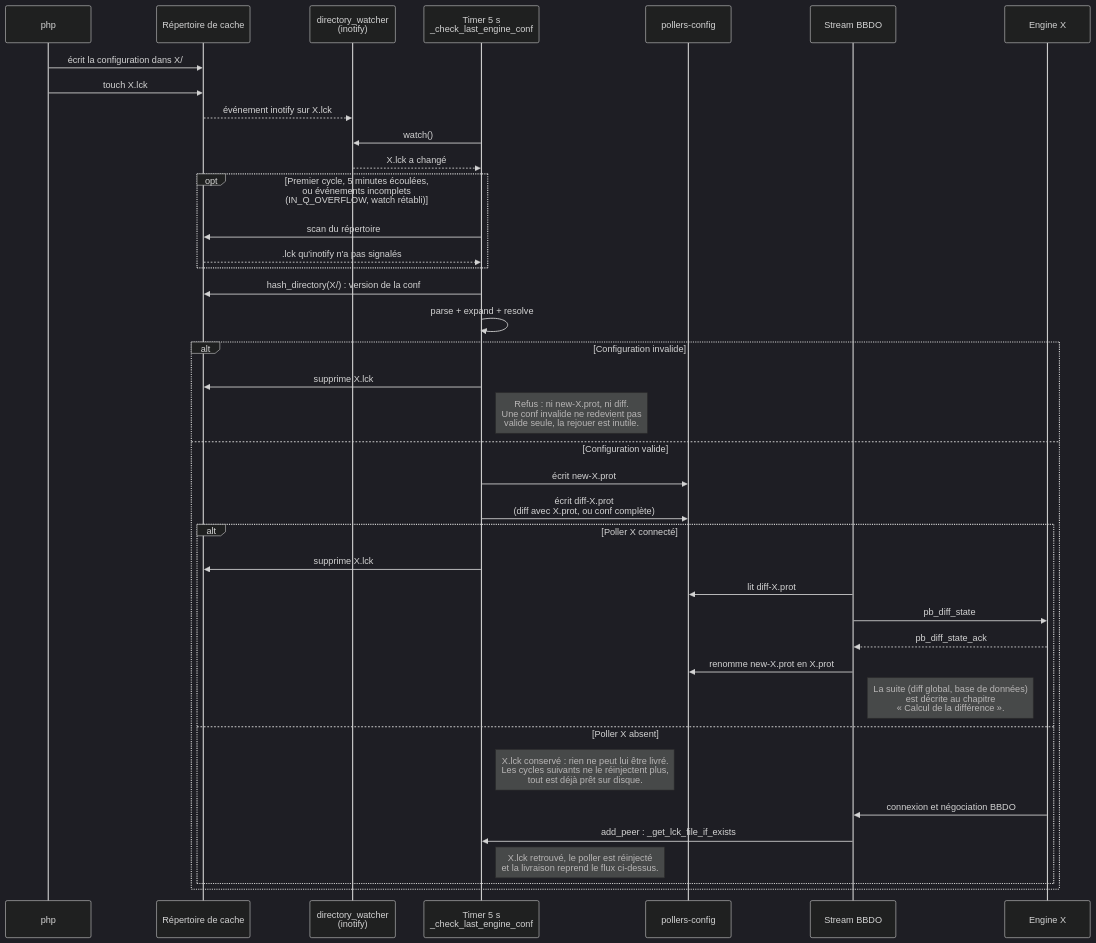
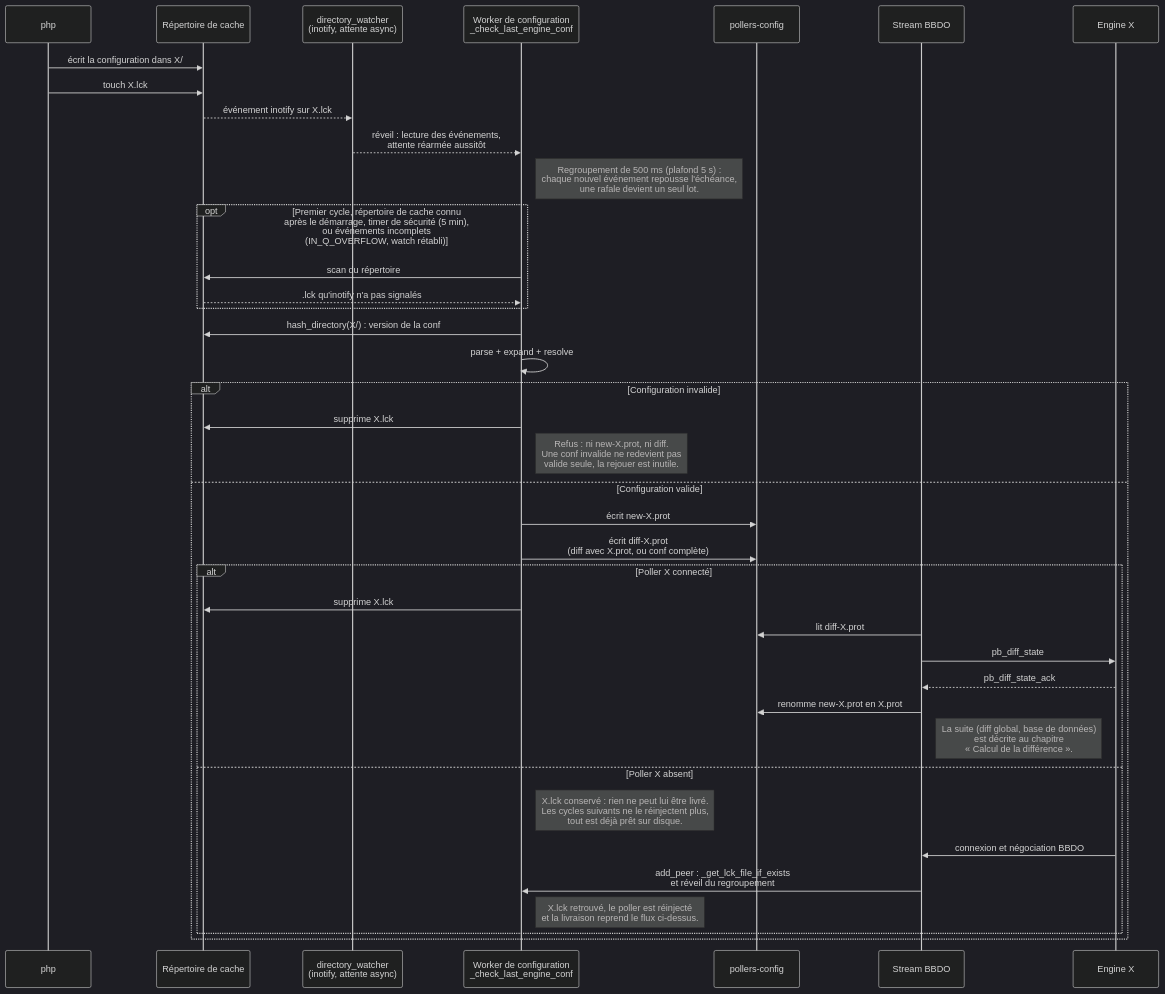
Before and after one commit to centreon/centreon-collect: the sixth of 43 diagrams in doc/nego-engine-broker-fr.md, drawn with Mermaid (dark theme). The commit also changed other lines of this file and 9 other files, not shown here.

First line of the commit message:
enh(broker/broker_state): no more timer to call inotify every 5s

````diff
--- a/doc/nego-engine-broker-fr.md
+++ b/doc/nego-engine-broker-fr.md
@@ -660,45 +679,45 @@
 ```mermaid
 sequenceDiagram
     participant php
     participant C as Répertoire de cache
-    participant W as directory_watcher<br/>(inotify)
-    participant T as Timer 5 s<br/>_check_last_engine_conf
+    participant W as directory_watcher<br/>(inotify, attente async)
+    participant T as Worker de configuration<br/>_check_last_engine_conf
     participant P as pollers-config
     participant S as Stream BBDO
     participant E as Engine X
 
     php ->> C: écrit la configuration dans X/
     php ->> C: touch X.lck
     C -->> W: événement inotify sur X.lck
 
-    T ->> W: watch()
-    W -->> T: X.lck a changé
-    opt Premier cycle, 5 minutes écoulées,<br/>ou événements incomplets<br/>(IN_Q_OVERFLOW, watch rétabli)
+    W -->> T: réveil : lecture des événements,<br/>attente réarmée aussitôt
+    Note right of T: Regroupement de 500 ms (plafond 5 s) :<br/>chaque nouvel événement repousse l'échéance,<br/>une rafale devient un seul lot.
+    opt Premier cycle, répertoire de cache connu<br/>après le démarrage, timer de sécurité (5 min),<br/>ou événements incomplets<br/>(IN_Q_OVERFLOW, watch rétabli)
         T ->> C: scan du répertoire
         C -->> T: .lck qu'inotify n'a pas signalés
     end
 
     T ->> C: hash_directory(X/) : version de la conf
     T ->> T: parse + expand + resolve
 
     alt Configuration invalide
         T ->> C: supprime X.lck
         Note right of T: Refus : ni new-X.prot, ni diff.<br/>Une conf invalide ne redevient pas<br/>valide seule, la rejouer est inutile.
     else Configuration valide
         T ->> P: écrit new-X.prot
         T ->> P: écrit diff-X.prot<br/>(diff avec X.prot, ou conf complète)
         alt Poller X connecté
             T ->> C: supprime X.lck
             S ->> P: lit diff-X.prot
             S ->> E: pb_diff_state
             E -->> S: pb_diff_state_ack
             S ->> P: renomme new-X.prot en X.prot
             Note right of S: La suite (diff global, base de données)<br/>est décrite au chapitre<br/>« Calcul de la différence ».
         else Poller X absent
             Note right of T: X.lck conservé : rien ne peut lui être livré.<br/>Les cycles suivants ne le réinjectent plus,<br/>tout est déjà prêt sur disque.
             E ->> S: connexion et négociation BBDO
-            S ->> T: add_peer : _get_lck_file_if_exists
+            S ->> T: add_peer : _get_lck_file_if_exists<br/>et réveil du regroupement
             Note right of T: X.lck retrouvé, le poller est réinjecté<br/>et la livraison reprend le flux ci-dessus.
         end
     end
 ```
````
